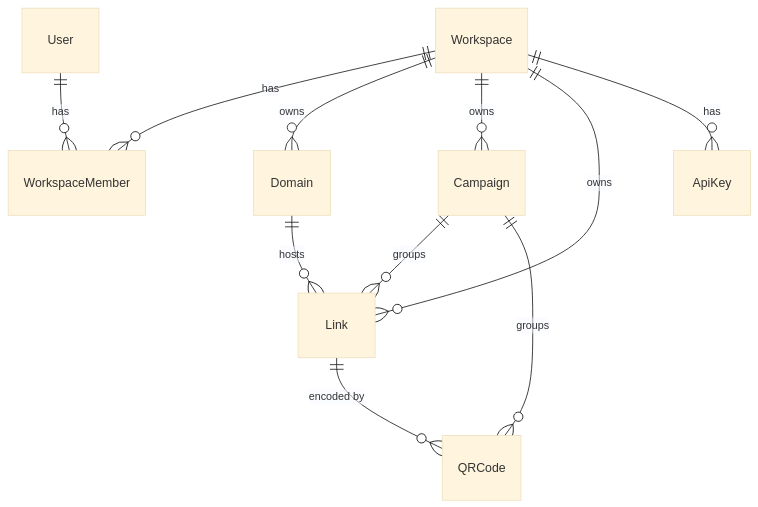
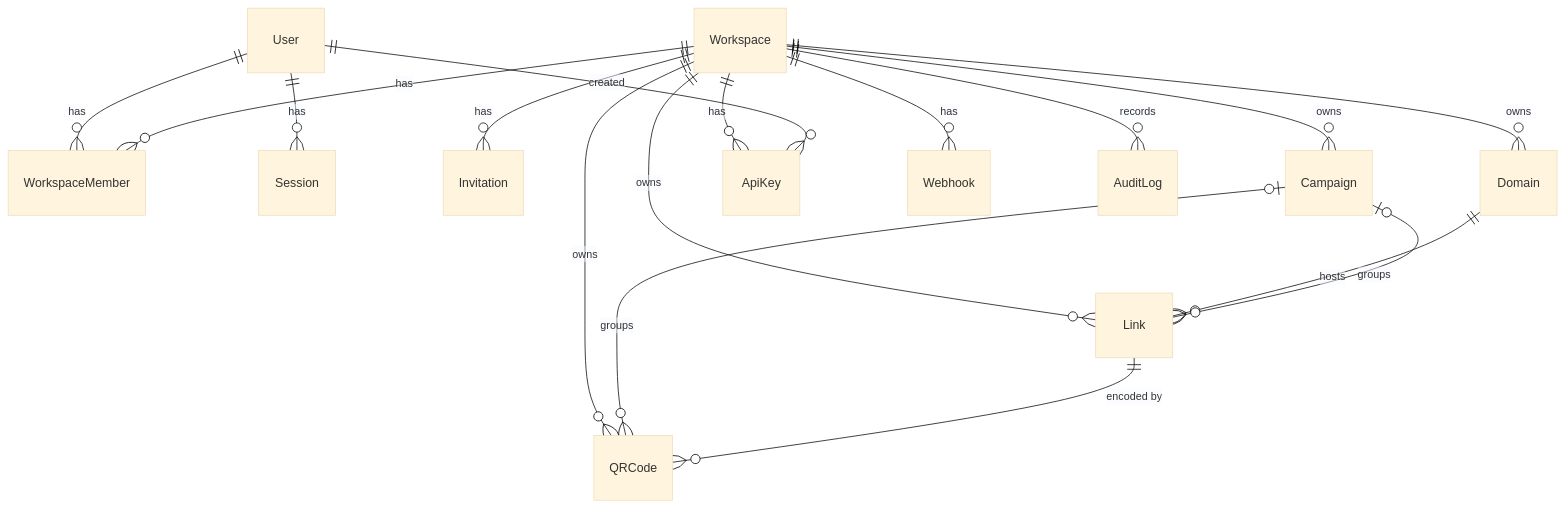
Before and after one commit to ankitarima/go-short: the diagram in docs/database.md, drawn with Mermaid (base theme). The commit also changed other lines of this file and 13 other files, not shown here.

````diff
--- a/docs/database.md
+++ b/docs/database.md
@@ -5,13 +5,19 @@
 ```mermaid
 erDiagram
   User ||--o{ WorkspaceMember : has
+  User ||--o{ Session : has
   Workspace ||--o{ WorkspaceMember : has
+  Workspace ||--o{ Invitation : has
   Workspace ||--o{ Domain : owns
   Workspace ||--o{ Campaign : owns
   Workspace ||--o{ Link : owns
+  Workspace ||--o{ QRCode : owns
+  Workspace ||--o{ ApiKey : has
+  Workspace ||--o{ Webhook : has
+  Workspace ||--o{ AuditLog : records
   Domain ||--o{ Link : hosts
-  Campaign ||--o{ Link : groups
-  Campaign ||--o{ QRCode : groups
+  Campaign |o--o{ Link : groups
+  Campaign |o--o{ QRCode : groups
   Link ||--o{ QRCode : "encoded by"
-  Workspace ||--o{ ApiKey : has
+  User ||--o{ ApiKey : created
 ```
````
